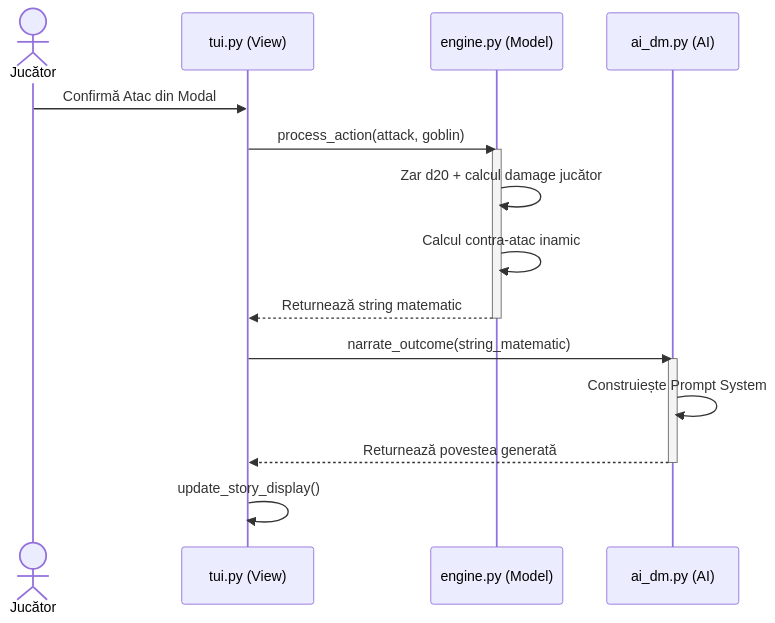
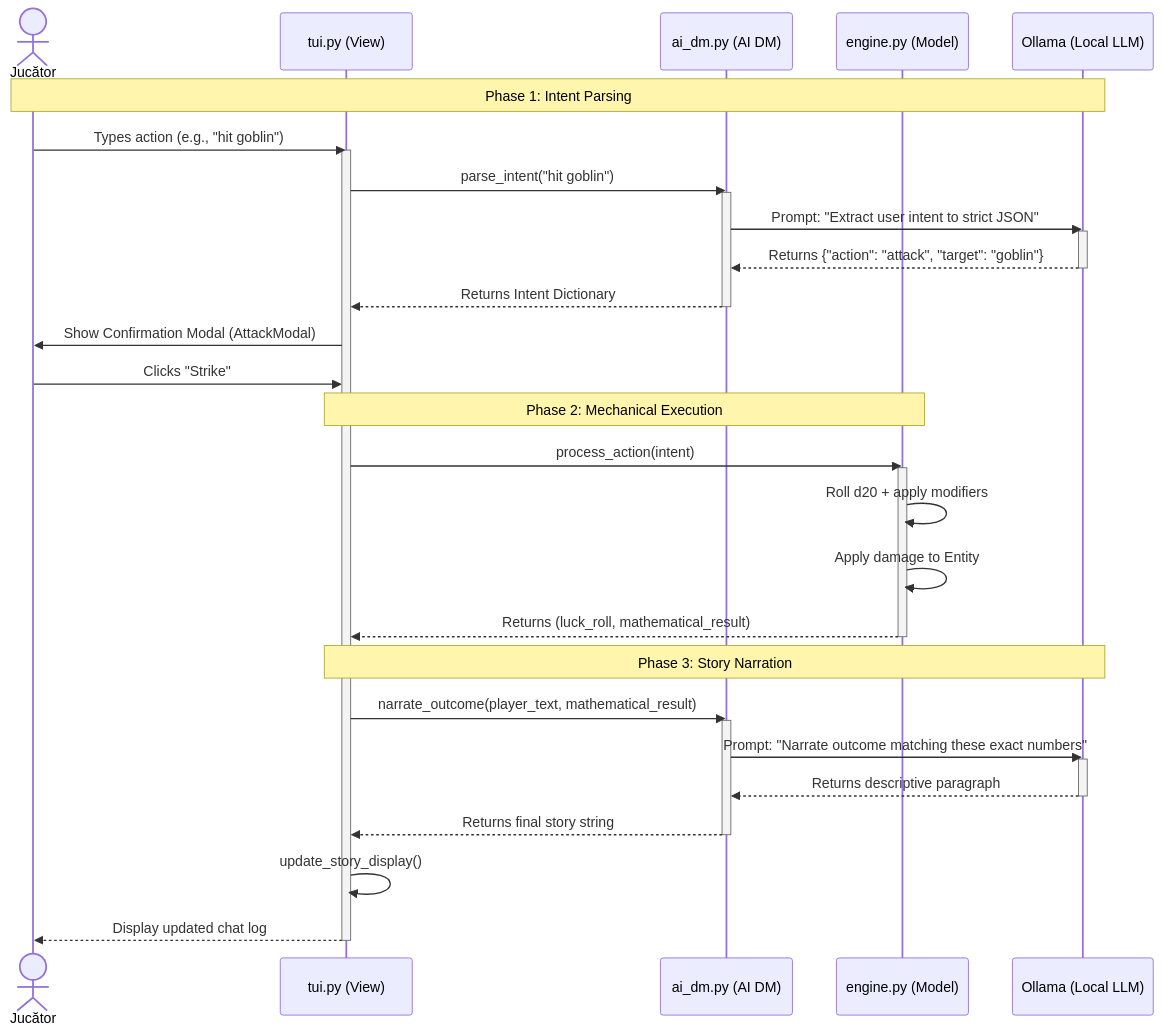
One commit to Mach3tryhard/AI-Dungeon-Master changed the third of 3 diagrams in README.md. Above: the diagram before and after it, drawn with Mermaid. The commit also changed other lines of this file, not shown here.

Commit message:
Diagrame editate sa fie corect

````diff
--- a/README.md
+++ b/README.md
@@ -112,23 +165,45 @@
 ```mermaid
 sequenceDiagram
-actor Jucător
-participant TUI as tui.py (View)
-participant Engine as engine.py (Model)
-participant AIDM as ai_dm.py (AI)
+    actor Player as Jucător
+    participant TUI as tui.py (View)
+    participant AI as ai_dm.py (AI DM)
+    participant Engine as engine.py (Model)
+    participant LLM as Ollama (Local LLM)
 
-Jucător->>TUI: Confirmă Atac din Modal
-TUI->>Engine: process_action(attack, goblin)
-activate Engine
-Engine->>Engine: Zar d20 + calcul damage jucător
-Engine->>Engine: Calcul contra-atac inamic
-Engine-->>TUI: Returnează string matematic
-deactivate Engine
+    Note over Player, LLM: Phase 1: Intent Parsing
+    Player->>TUI: Types action (e.g., "hit goblin")
+    activate TUI
+    TUI->>AI: parse_intent("hit goblin")
+    activate AI
+    AI->>LLM: Prompt: "Extract user intent to strict JSON"
+    activate LLM
+    LLM-->>AI: Returns {"action": "attack", "target": "goblin"}
+    deactivate LLM
+    AI-->>TUI: Returns Intent Dictionary
+    deactivate AI
 
-TUI->>AIDM: narrate_outcome(string_matematic)
-activate AIDM
-AIDM->>AIDM: Construiește Prompt System
-AIDM-->>TUI: Returnează povestea generată
-deactivate AIDM
+    TUI->>Player: Show Confirmation Modal (AttackModal)
+    Player->>TUI: Clicks "Strike"
 
-TUI->>TUI: update_story_display()
+    Note over TUI, Engine: Phase 2: Mechanical Execution
+    TUI->>Engine: process_action(intent)
+    activate Engine
+    Engine->>Engine: Roll d20 + apply modifiers
+    Engine->>Engine: Apply damage to Entity
+    Engine-->>TUI: Returns (luck_roll, mathematical_result)
+    deactivate Engine
+
+    Note over TUI, LLM: Phase 3: Story Narration
+    TUI->>AI: narrate_outcome(player_text, mathematical_result)
+    activate AI
+    AI->>LLM: Prompt: "Narrate outcome matching these exact numbers"
+    activate LLM
+    LLM-->>AI: Returns descriptive paragraph
+    deactivate LLM
+    AI-->>TUI: Returns final story string
+    deactivate AI
+
+    TUI->>TUI: update_story_display()
+    TUI-->>Player: Display updated chat log
+    deactivate TUI
 ```
````
